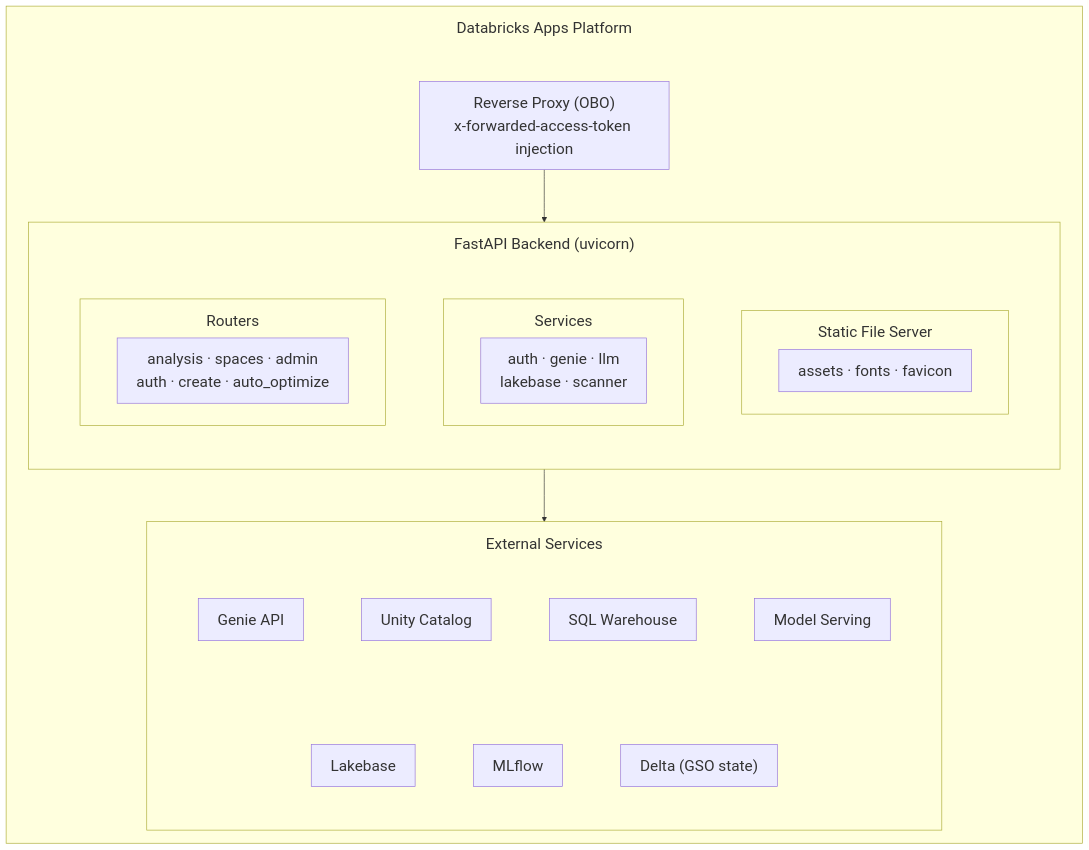
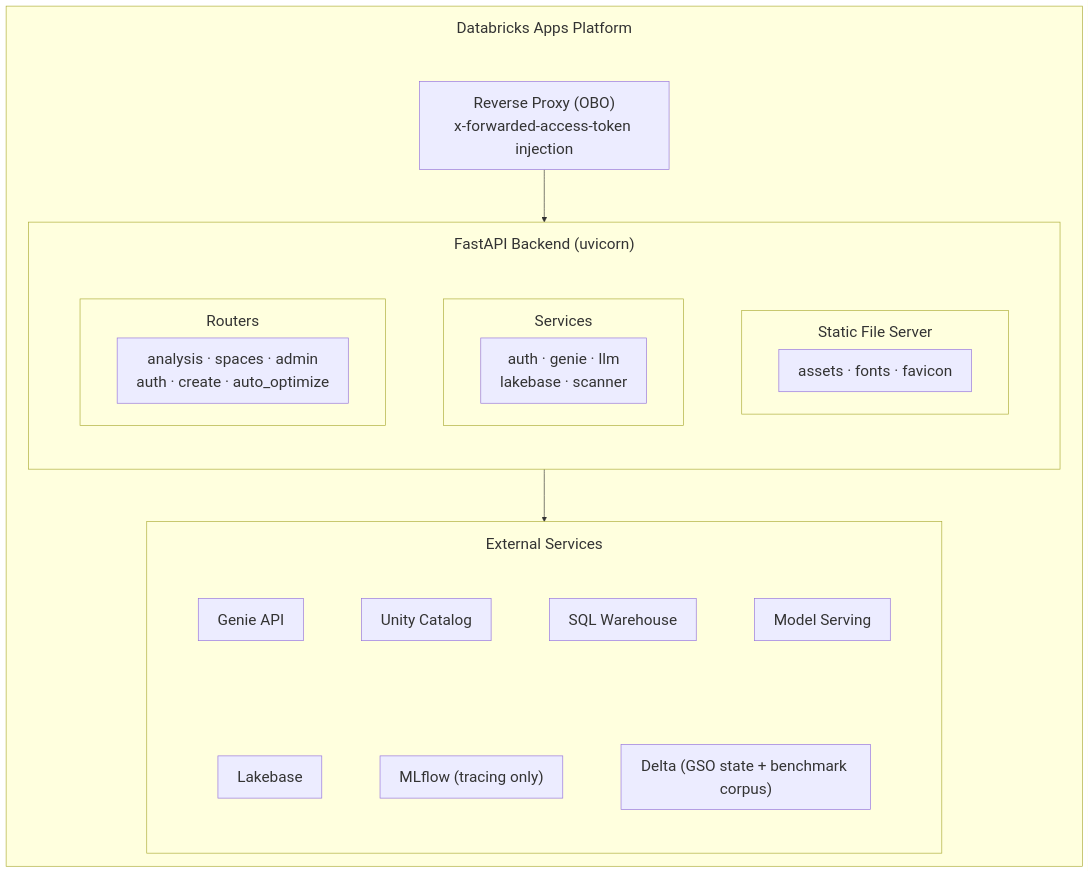
The diagram in docs/docs/getting-started/architecture-overview.md (databricks-solutions/databricks-genie-workbench), drawn with Mermaid before and after one commit. The commit also changed other lines of this file and 1068 other files, not shown here.

````diff
--- a/docs/docs/getting-started/architecture-overview.md
+++ b/docs/docs/getting-started/architecture-overview.md
@@ -12,50 +12,50 @@
 ```mermaid
 %%{init: {'flowchart': {'wrappingWidth': 330, 'rankSpacing': 16, 'subGraphTitleMargin': {'top': 16, 'bottom': 10}}, 'themeVariables': {'fontSize': '24px'}}}%%
 flowchart TB
     subgraph platform["Databricks Apps Platform"]
         direction TB
         pTop[" "]
         proxy["Reverse Proxy (OBO)<br/>x-forwarded-access-token injection"]
         subgraph backend["FastAPI Backend (uvicorn)"]
             direction TB
             subgraph bRow[" "]
                 direction LR
                 subgraph bRouters["Routers"]
                     rContent["analysis · spaces · admin<br/>auth · create · auto_optimize"]
                 end
                 subgraph bServices["Services"]
                     sContent["auth · genie · llm<br/>lakebase · scanner"]
                 end
                 subgraph bStatic["Static File Server"]
                     stContent["assets · fonts · favicon"]
                 end
                 bRouters ~~~ bServices ~~~ bStatic
             end
         end
         subgraph ext["External Services"]
             direction TB
             subgraph eRow1[" "]
                 direction LR
                 genie["Genie API"] ~~~ uc["Unity Catalog"] ~~~ wh["SQL Warehouse"] ~~~ ms["Model Serving"]
             end
             subgraph eRow2[" "]
                 direction LR
-                lb["Lakebase"] ~~~ mlflow["MLflow"] ~~~ delta["Delta (GSO state)"]
+                lb["Lakebase"] ~~~ mlflow["MLflow (tracing only)"] ~~~ delta["Delta (GSO state + benchmark corpus)"]
             end
             eRow1 ~~~ eRow2
         end
         pTop ~~~ proxy
         proxy ---> backend
         backend ---> ext
     end
 
     style bRow fill:none,stroke:none
     style pTop fill:none,stroke:none
     style eRow1 fill:none,stroke:none
     style eRow2 fill:none,stroke:none
 
     class platform gw-l0
     class backend,ext gw-l1
     class bRouters,bServices,bStatic gw-l2
     class proxy,rContent,sContent,stContent,genie,uc,wh,ms,lb,mlflow,delta gw-node
 ```
````
